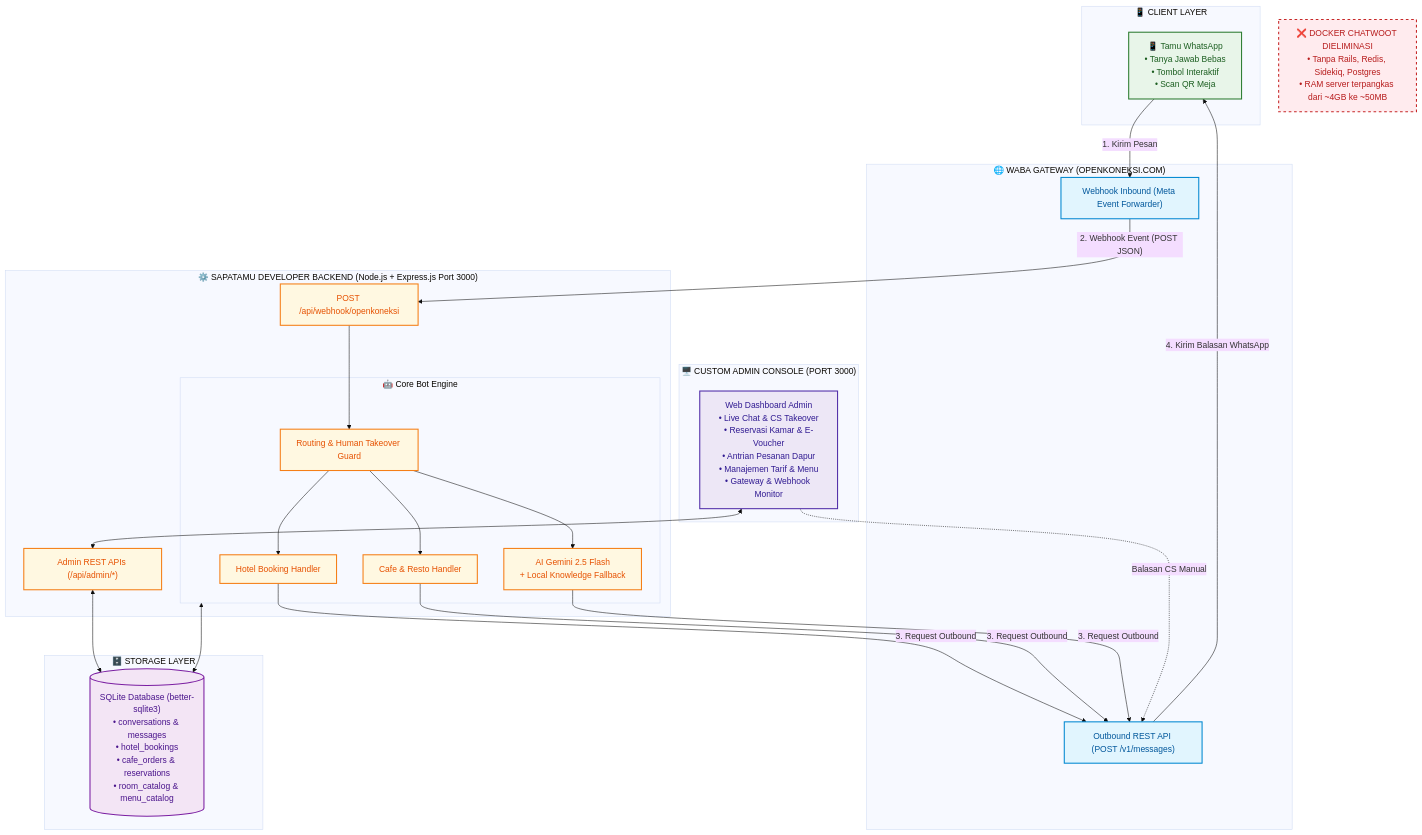
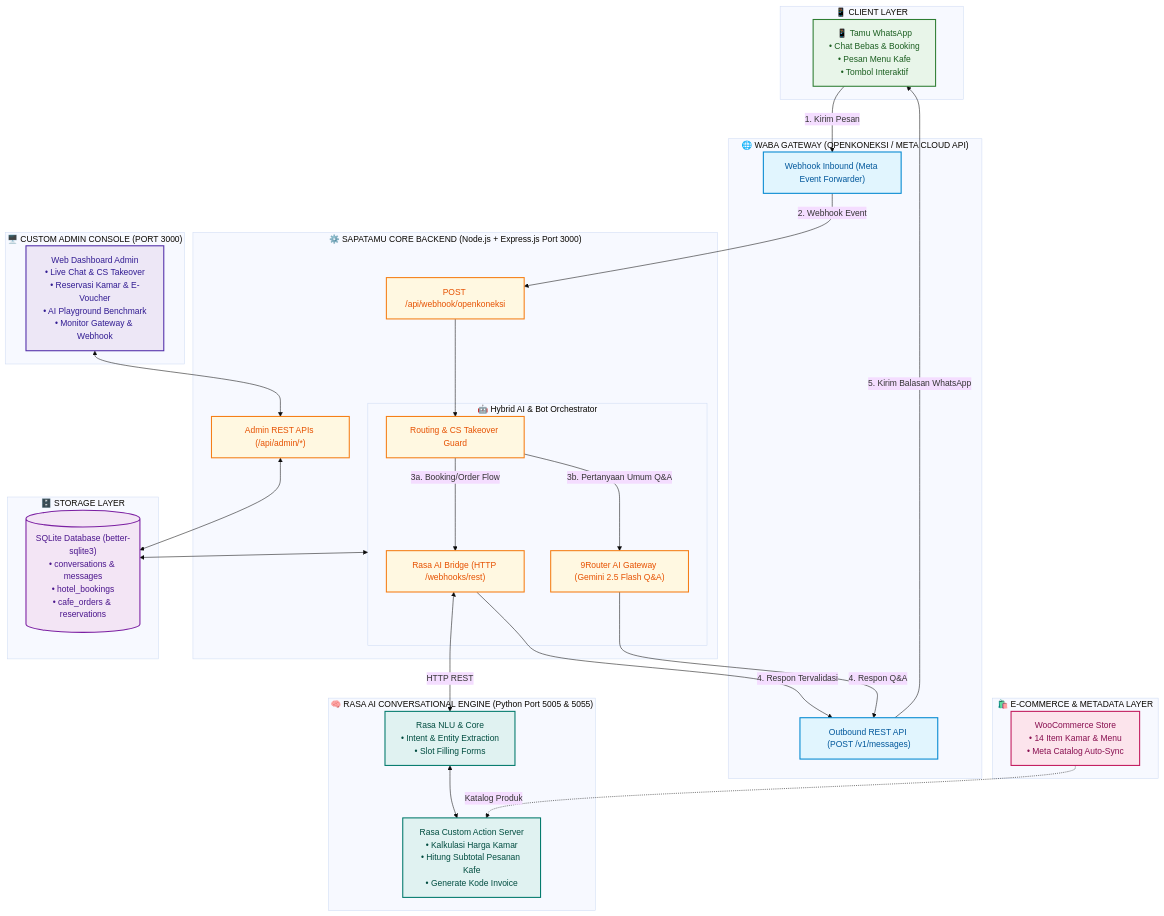
One commit to keefalegends/SapaTamu changed the diagram in README.md. Above: the diagram before and after it, drawn with Mermaid (base theme). The commit also changed other lines of this file, not shown here.

Commit message:
docs: perbarui README.md lengkap dengan diagram arsitektur Rasa AI, Docker Linux, WooCommerce, dan panduan penggunaan

````diff
--- a/README.md
+++ b/README.md
@@ -8,56 +8,65 @@
 ```mermaid
 flowchart TD
     classDef clientStyle fill:#e8f5e9,stroke:#2e7d32,stroke-width:2px,color:#1b5e20;
     classDef gatewayStyle fill:#e1f5fe,stroke:#0288d1,stroke-width:2px,color:#01579b;
     classDef backendStyle fill:#fff8e1,stroke:#f57f17,stroke-width:2px,color:#e65100;
+    classDef rasaStyle fill:#e0f2f1,stroke:#00796b,stroke-width:2px,color:#004d40;
     classDef dbStyle fill:#f3e5f5,stroke:#7b1fa2,stroke-width:2px,color:#4a148c;
     classDef adminStyle fill:#ede7f6,stroke:#512da8,stroke-width:2px,color:#311b92;
-    classDef deletedStyle fill:#ffebee,stroke:#c62828,stroke-width:2px,stroke-dasharray: 5 5,color:#b71c1c;
+    classDef storeStyle fill:#fce4ec,stroke:#c2185b,stroke-width:2px,color:#880e4f;
 
     subgraph ClientLayer ["📱 CLIENT LAYER"]
-        User["📱 Tamu WhatsApp\n• Tanya Jawab Bebas\n• Tombol Interaktif\n• Scan QR Meja"]:::clientStyle
+        User["📱 Tamu WhatsApp\n• Chat Bebas & Booking\n• Pesan Menu Kafe\n• Tombol Interaktif"]:::clientStyle
     end
 
-    subgraph GatewayLayer ["🌐 WABA GATEWAY (OPENKONEKSI.COM)"]
+    subgraph GatewayLayer ["🌐 WABA GATEWAY (OPENKONEKSI / META CLOUD API)"]
         OK_In["Webhook Inbound (Meta Event Forwarder)"]:::gatewayStyle
         OK_Out["Outbound REST API (POST /v1/messages)"]:::gatewayStyle
     end
 
-    subgraph BackendLayer ["⚙️ SAPATAMU DEVELOPER BACKEND (Node.js + Express.js Port 3000)"]
+    subgraph BackendLayer ["⚙️ SAPATAMU CORE BACKEND (Node.js + Express.js Port 3000)"]
         Receiver["POST /api/webhook/openkoneksi"]:::backendStyle
         
-        subgraph Engine ["🤖 Core Bot Engine"]
-            Router["Routing & Human Takeover Guard"]:::backendStyle
-            Hotel["Hotel Booking Handler"]:::backendStyle
-            Cafe["Cafe & Resto Handler"]:::backendStyle
-            AI["AI Gemini 2.5 Flash\n+ Local Knowledge Fallback"]:::backendStyle
+        subgraph Engine ["🤖 Hybrid AI & Bot Orchestrator"]
+            Router["Routing & CS Takeover Guard"]:::backendStyle
+            RasaBridge["Rasa AI Bridge (HTTP /webhooks/rest)"]:::backendStyle
+            Gemini["9Router AI Gateway (Gemini 2.5 Flash Q&A)"]:::backendStyle
         end
 
         AdminAPI["Admin REST APIs (/api/admin/*)"]:::backendStyle
     end
 
+    subgraph RasaLayer ["🧠 RASA AI CONVERSATIONAL ENGINE (Python Port 5005 & 5055)"]
+        RasaCore["Rasa NLU & Core\n• Intent & Entity Extraction\n• Slot Filling Forms"]:::rasaStyle
+        RasaActions["Rasa Custom Action Server\n• Kalkulasi Harga Kamar\n• Hitung Subtotal Pesanan Kafe\n• Generate Kode Invoice"]:::rasaStyle
+    end
+
+    subgraph StoreLayer ["🛍️ E-COMMERCE & METADATA LAYER"]
+        Woo["WooCommerce Store\n• 14 Item Kamar & Menu\n• Meta Catalog Auto-Sync"]:::storeStyle
+    end
+
     subgraph DBLayer ["🗄️ STORAGE LAYER"]
-        DB[("SQLite Database (better-sqlite3)\n• conversations & messages\n• hotel_bookings\n• cafe_orders & reservations\n• room_catalog & menu_catalog")]:::dbStyle
+        DB[("SQLite Database (better-sqlite3)\n• conversations & messages\n• hotel_bookings\n• cafe_orders & reservations")]:::dbStyle
     end
 
     subgraph AdminLayer ["🖥️ CUSTOM ADMIN CONSOLE (PORT 3000)"]
-        UI["Web Dashboard Admin\n• Live Chat & CS Takeover\n• Reservasi Kamar & E-Voucher\n• Antrian Pesanan Dapur\n• Manajemen Tarif & Menu\n• Gateway & Webhook Monitor"]:::adminStyle
+        UI["Web Dashboard Admin\n• Live Chat & CS Takeover\n• Reservasi Kamar & E-Voucher\n• AI Playground Benchmark\n• Monitor Gateway & Webhook"]:::adminStyle
     end
 
-    ChatwootGone["❌ DOCKER CHATWOOT DIELIMINASI\n• Tanpa Rails, Redis, Sidekiq, Postgres\n• RAM server terpangkas dari ~4GB ke ~50MB"]:::deletedStyle
-
     User -->|"1. Kirim Pesan"| OK_In
-    OK_In -->|"2. Webhook Event (POST JSON)"| Receiver
+    OK_In -->|"2. Webhook Event"| Receiver
     Receiver --> Router
-    Router --> Hotel
-    Router --> Cafe
-    Router --> AI
-    Hotel -->|"3. Request Outbound"| OK_Out
-    Cafe -->|"3. Request Outbound"| OK_Out
-    AI -->|"3. Request Outbound"| OK_Out
-    OK_Out -->|"4. Kirim Balasan WhatsApp"| User
+    Router -->|"3a. Booking/Order Flow"| RasaBridge
+    RasaBridge <-->|"HTTP REST"| RasaCore
+    RasaCore <--> RasaActions
+    Router -->|"3b. Pertanyaan Umum Q&A"| Gemini
+    
+    RasaBridge -->|"4. Respon Tervalidasi"| OK_Out
+    Gemini -->|"4. Respon Q&A"| OK_Out
+    OK_Out -->|"5. Kirim Balasan WhatsApp"| User
+    
     Engine <--> DB
     AdminAPI <--> DB
     UI <--> AdminAPI
-    UI -.->|"Balasan CS Manual"| OK_Out
+    Woo -.->|"Katalog Produk"| RasaActions
 ```
````
